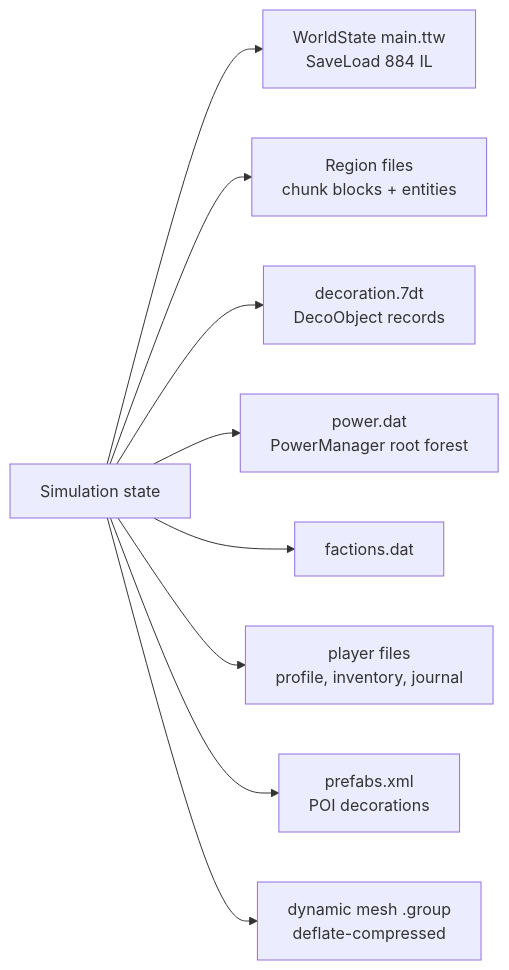
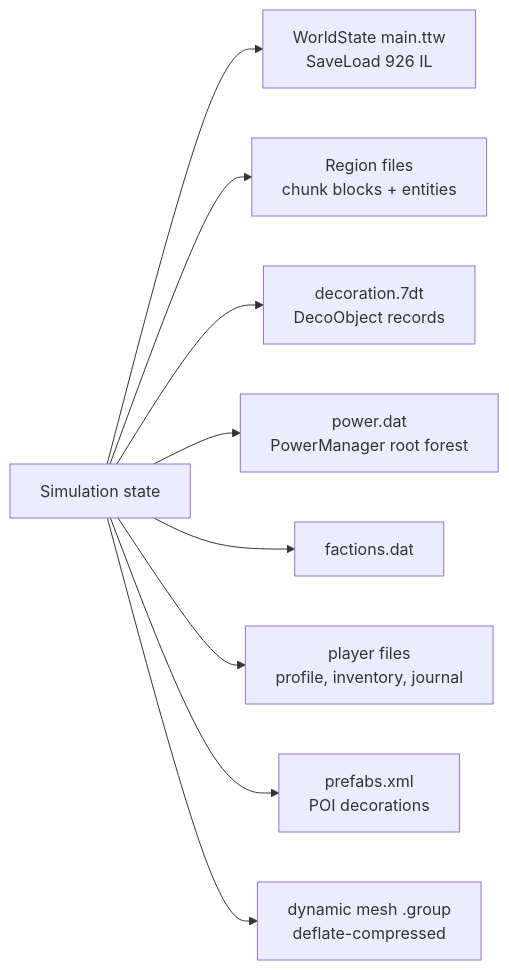
Before and after one commit to hordeforge/7dtd-engine-research: the sixth of 8 diagrams in docs/architecture-map.md, drawn with Mermaid. The commit also changed other lines of this file and 1 other file, not shown here.

Commit message:
docs: architecture-map SaveLoad is 926 IL, matching loop.md
loop.md was corrected to 926 IL for the current build but architecture-map.md
still carried the 884 figure from the V3.0.1 baseline in both mermaid diagrams,
so the two docs disagreed about the same method.

Also ignore a stray /WorldBiomes at the repo root, alongside the /ChunkManager
and /NetPackageEntityAction guards: that name came from a DumpMethod cwd
mistake, and the dump itself is already filed under workspace/notes.

````diff
--- a/docs/architecture-map.md
+++ b/docs/architecture-map.md
@@ -198,11 +198,11 @@
 ```mermaid
 flowchart LR
-  SIM[Simulation state] --> WS["WorldState main.ttw<br/>SaveLoad 884 IL"]
+  SIM[Simulation state] --> WS["WorldState main.ttw<br/>SaveLoad 926 IL"]
   SIM --> RF["Region files<br/>chunk blocks + entities"]
   SIM --> DEC["decoration.7dt<br/>DecoObject records"]
   SIM --> PWR["power.dat<br/>PowerManager root forest"]
   SIM --> FAC["factions.dat"]
   SIM --> PLR["player files<br/>profile, inventory, journal"]
   SIM --> PRE["prefabs.xml<br/>POI decorations"]
   SIM --> DM["dynamic mesh .group<br/>deflate-compressed"]
 ```
````
